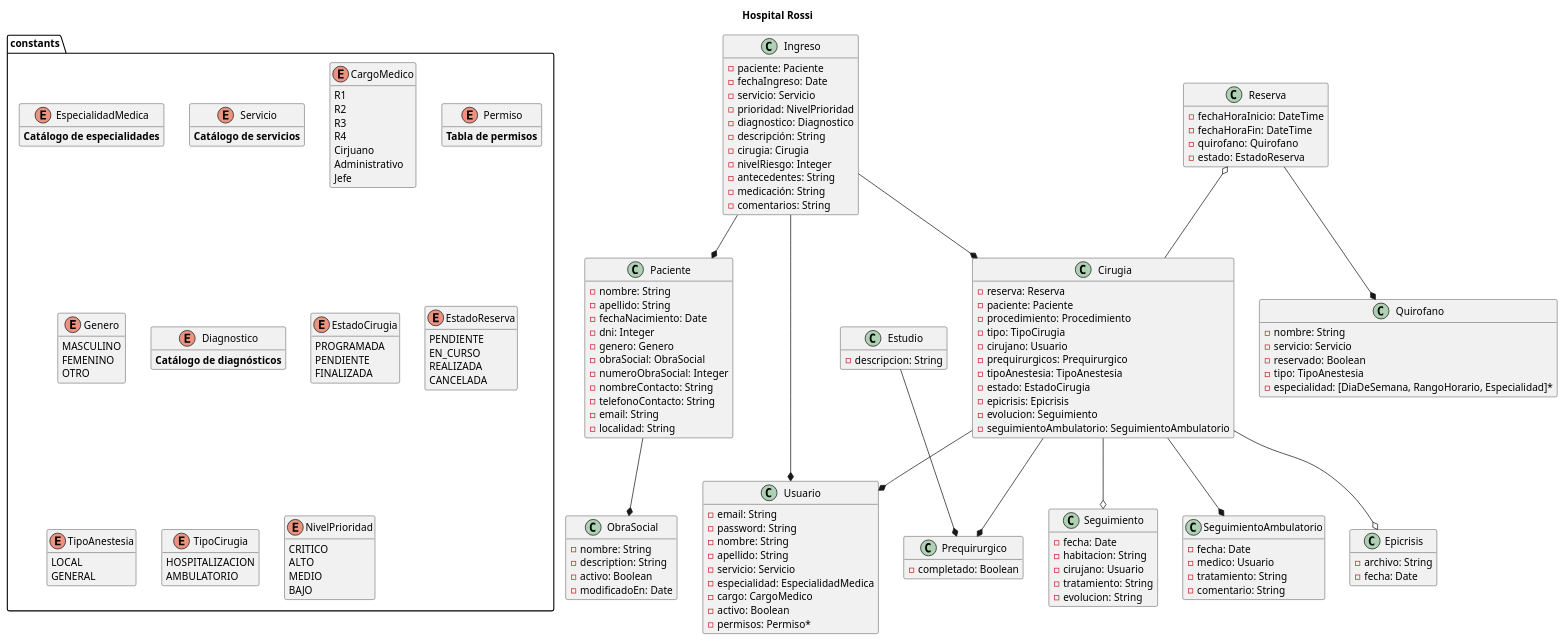
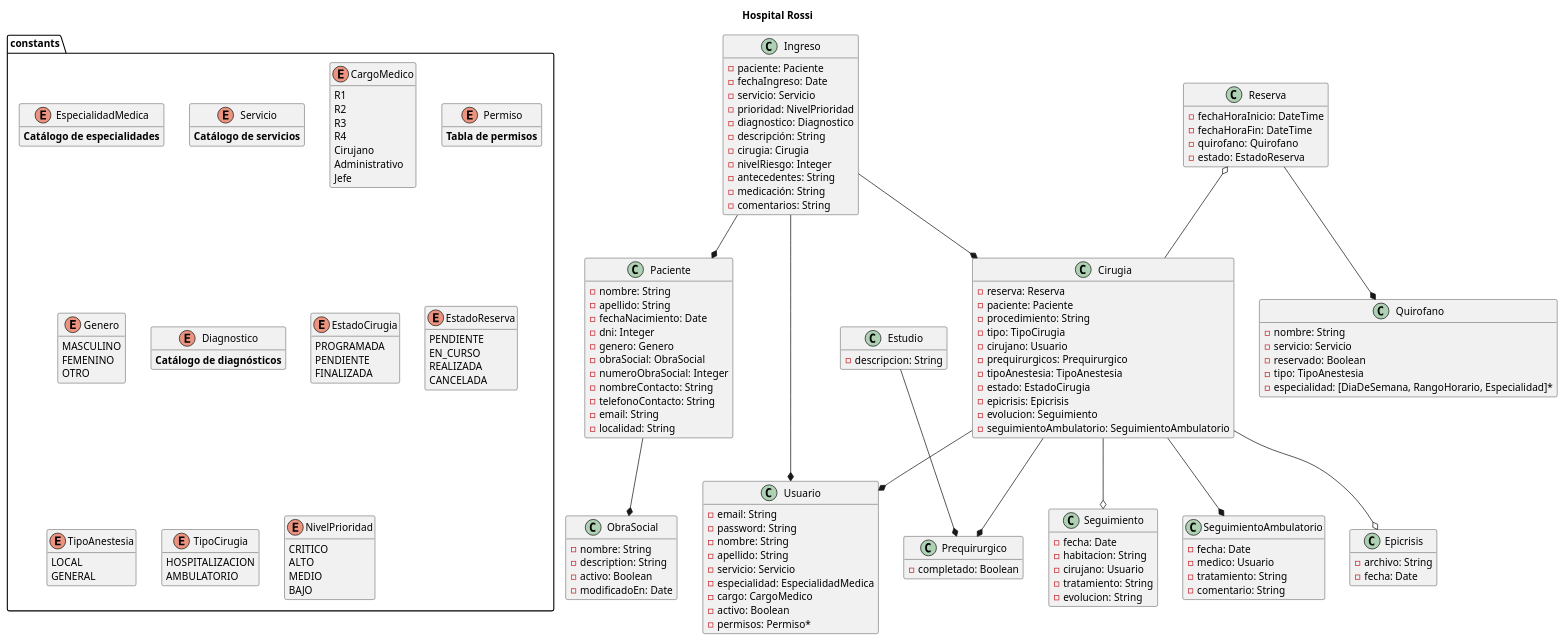
Before and after one commit to castiglioneRenzo/quirofanosTTPS: the diagram in diagrama.puml, drawn with PlantUML.

```diff
--- a/diagrama.puml
+++ b/diagrama.puml
@@ -1,187 +1,186 @@
 @startuml Diagrama
 title Hospital Rossi
 hide empty members
 
 class Usuario {
     -email: String
     -password: String
     -nombre: String
     -apellido: String
     -servicio: Servicio
     -especialidad: EspecialidadMedica
     -cargo: CargoMedico
     -activo: Boolean
     -permisos: Permiso*
 }
 
 enum constants.EspecialidadMedica {
     **Catálogo de especialidades**
 }
 
 enum constants.Servicio {
     **Catálogo de servicios**
 }
 
 enum constants.CargoMedico {
     R1
     R2
     R3
     R4
-    Cirjuano
+    Cirujano
     Administrativo
     Jefe
 }
 
 enum constants.Permiso {
     **Tabla de permisos**
 }
 
 class Paciente {
     -nombre: String
     -apellido: String
     -fechaNacimiento: Date
     -dni: Integer
     -genero: Genero
     -obraSocial: ObraSocial
     -numeroObraSocial: Integer
     -nombreContacto: String
     -telefonoContacto: String
     -email: String
     -localidad: String
 }
 
 enum constants.Genero {
     MASCULINO
     FEMENINO
     OTRO
 }
 
 class ObraSocial {
     -nombre: String
     -description: String
     -activo: Boolean
     -modificadoEn: Date
 }
 
 class Ingreso {
     -paciente: Paciente
     -fechaIngreso: Date
     -servicio: Servicio
     -prioridad: NivelPrioridad
     -diagnostico: Diagnostico
     -descripción: String
     -cirugia: Cirugia
     -nivelRiesgo: Integer
     -antecedentes: String
     -medicación: String
     -comentarios: String
 }
 
 enum constants.Diagnostico {
     **Catálogo de diagnósticos**
 }
 
 class Estudio {
     -descripcion: String
 }
 
 class Prequirurgico {
     ' -estudio: Estudio
     -completado: Boolean
 }
 
 class Cirugia {
     -reserva: Reserva
     -paciente: Paciente
-    -procedimiento: Procedimiento
+    -procedimiento: String
     ' -servicio: Servicio
     -tipo: TipoCirugia
     -cirujano: Usuario
     -prequirurgicos: Prequirurgico
     -tipoAnestesia: TipoAnestesia
     -estado: EstadoCirugia
     -epicrisis: Epicrisis
     -evolucion: Seguimiento
     -seguimientoAmbulatorio: SeguimientoAmbulatorio
 }
 
 enum constants.EstadoCirugia {
     PROGRAMADA
     PENDIENTE
     FINALIZADA
 }
 
 class Quirofano {
     -nombre: String
     -servicio: Servicio
     -reservado: Boolean
     -tipo: TipoAnestesia
     -especialidad: [DiaDeSemana, RangoHorario, Especialidad]*
 }
 
 class Reserva {
     -fechaHoraInicio: DateTime
     -fechaHoraFin: DateTime
-    '- cirugia: Cirugia
     -quirofano: Quirofano
     -estado: EstadoReserva
 }
 
 enum constants.EstadoReserva {
     PENDIENTE
     EN_CURSO
     REALIZADA
     CANCELADA
 }
 
 enum constants.TipoAnestesia {
     LOCAL
     GENERAL
 }
 
 enum constants.TipoCirugia {
     HOSPITALIZACION
     AMBULATORIO
 }
 
 enum constants.NivelPrioridad {
     CRITICO
     ALTO
     MEDIO
     BAJO
 }
 
 class Seguimiento {
     -fecha: Date
     -habitacion: String
     -cirujano: Usuario
     -tratamiento: String
     -evolucion: String
 }
 
 class SeguimientoAmbulatorio {
     -fecha: Date
     -medico: Usuario
     -tratamiento: String
     -comentario: String
 }
 
 class Epicrisis {
     -archivo: String
     -fecha: Date
 }
 
 Paciente --* ObraSocial
 Ingreso --* Paciente
 Ingreso --* Cirugia
 Ingreso --* Usuario
 Cirugia --* Prequirurgico
 Estudio --* Prequirurgico
 Cirugia --* Usuario
 Cirugia --* SeguimientoAmbulatorio
 Cirugia --o Seguimiento
 Cirugia --o Epicrisis
 Reserva o-- Cirugia
 Reserva --* Quirofano
 
 @enduml
```
